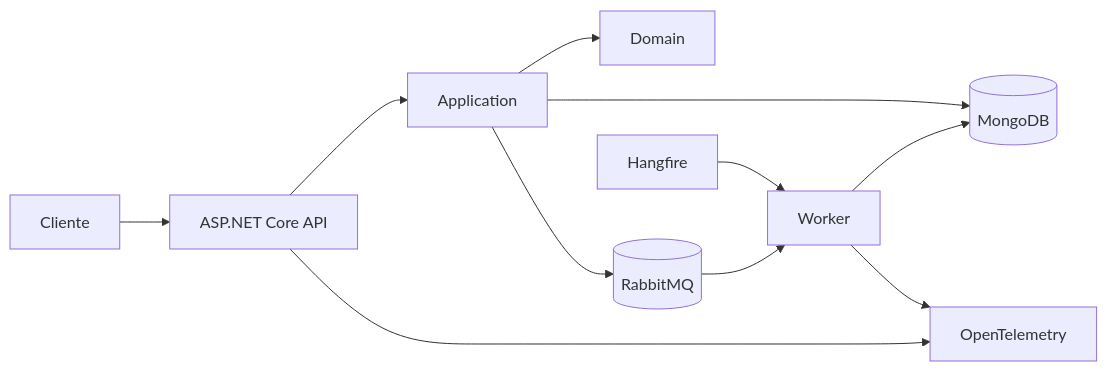
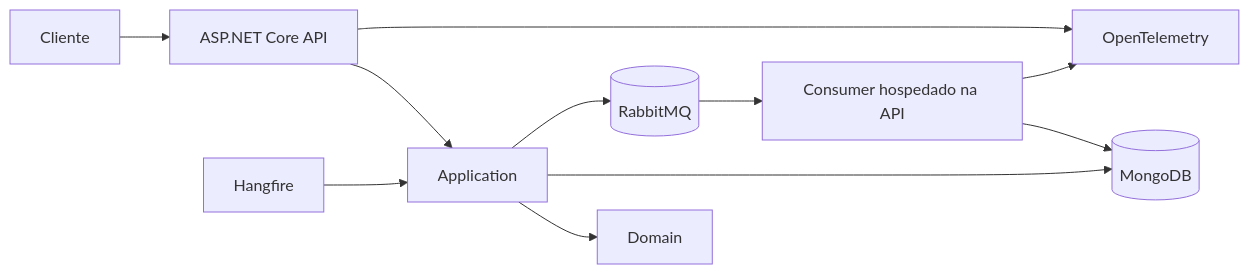
Before and after one commit to Moosy-Joao/Fiscal-Flow: the diagram in docs/ARCHITECTURE.md, drawn with Mermaid. The commit also changed other lines of this file and 15 other files, not shown here.

````diff
--- a/docs/ARCHITECTURE.md
+++ b/docs/ARCHITECTURE.md
@@ -94,13 +147,13 @@
 ```mermaid
 flowchart LR
     C[Cliente] --> A[ASP.NET Core API]
     A --> AP[Application]
     AP --> D[Domain]
     AP --> M[(MongoDB)]
     AP --> R[(RabbitMQ)]
-    R --> W[Worker]
+    R --> W[Consumer hospedado na API]
     W --> M
-    H[Hangfire] --> W
+    H[Hangfire] --> AP
     A --> O[OpenTelemetry]
     W --> O
 ```
````
